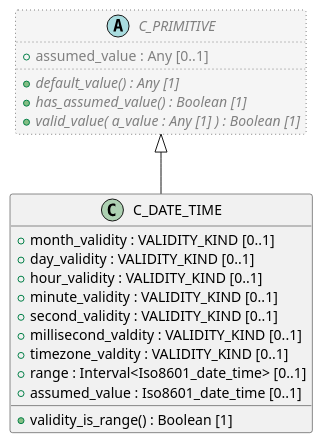
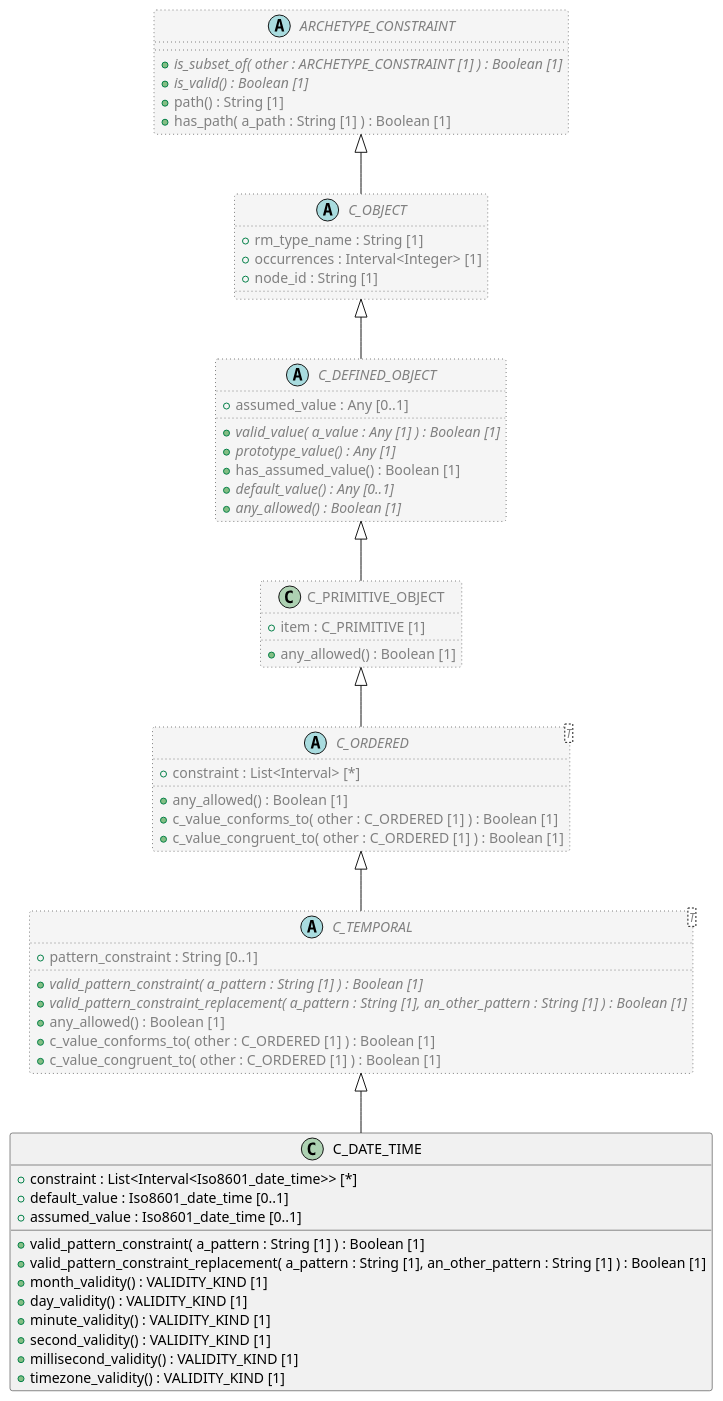
The diagram in code/Adoc/openehr_am_2.4.0/plantUML/classes/org.openehr.am.aom2.c_date_time.adoc (sebastian-iancu/code-generator), drawn with PlantUML before and after one commit. The commit also changed 1228 other files, not shown here.

```diff
--- a/code/Adoc/openehr_am_2.4.0/plantUML/classes/org.openehr.am.aom2.c_date_time.adoc
+++ b/code/Adoc/openehr_am_2.4.0/plantUML/classes/org.openehr.am.aom2.c_date_time.adoc
@@ -1,29 +1,76 @@
 [plantuml,C_DATE_TIME,format=svg,svg-type="inline"]
 -----
 @startuml
 
 class C_DATE_TIME {
-  + month_validity : VALIDITY_KIND [0..1]
-  + day_validity : VALIDITY_KIND [0..1]
-  + hour_validity : VALIDITY_KIND [0..1]
-  + minute_validity : VALIDITY_KIND [0..1]
-  + second_validity : VALIDITY_KIND [0..1]
-  + millisecond_valdity : VALIDITY_KIND [0..1]
-  + timezone_valdity : VALIDITY_KIND [0..1]
-  + range : Interval<Iso8601_date_time> [0..1]
+  + constraint : List<Interval<Iso8601_date_time>> [*]
+  + default_value : Iso8601_date_time [0..1]
   + assumed_value : Iso8601_date_time [0..1]
-  + validity_is_range() : Boolean [1]
+  + valid_pattern_constraint( a_pattern : String [1] ) : Boolean [1]
+  + valid_pattern_constraint_replacement( a_pattern : String [1], an_other_pattern : String [1] ) : Boolean [1]
+  + month_validity() : VALIDITY_KIND [1]
+  + day_validity() : VALIDITY_KIND [1]
+  + minute_validity() : VALIDITY_KIND [1]
+  + second_validity() : VALIDITY_KIND [1]
+  + millisecond_validity() : VALIDITY_KIND [1]
+  + timezone_validity() : VALIDITY_KIND [1]
 }
 
-abstract class C_PRIMITIVE  #whitesmoke;line:gray;line.dotted;text:gray {
-  + assumed_value : Any [0..1]
-  + {abstract} default_value() : Any [1]
-  + {abstract} has_assumed_value() : Boolean [1]
-  + {abstract} valid_value( a_value : Any [1] ) : Boolean [1]
+abstract class C_TEMPORAL <T>  #whitesmoke;line:gray;line.dotted;text:gray {
+  + pattern_constraint : String [0..1]
+  + {abstract} valid_pattern_constraint( a_pattern : String [1] ) : Boolean [1]
+  + {abstract} valid_pattern_constraint_replacement( a_pattern : String [1], an_other_pattern : String [1] ) : Boolean [1]
+  + any_allowed() : Boolean [1]
+  + c_value_conforms_to( other : C_ORDERED [1] ) : Boolean [1]
+  + c_value_congruent_to( other : C_ORDERED [1] ) : Boolean [1]
 }
 
-C_PRIMITIVE <|-- C_DATE_TIME
+abstract class C_ORDERED <T>  #whitesmoke;line:gray;line.dotted;text:gray {
+  + constraint : List<Interval> [*]
+  + any_allowed() : Boolean [1]
+  + c_value_conforms_to( other : C_ORDERED [1] ) : Boolean [1]
+  + c_value_congruent_to( other : C_ORDERED [1] ) : Boolean [1]
+}
+
+class C_PRIMITIVE_OBJECT  #whitesmoke;line:gray;line.dotted;text:gray {
+  + item : C_PRIMITIVE [1]
+  + any_allowed() : Boolean [1]
+}
+
+abstract class C_DEFINED_OBJECT  #whitesmoke;line:gray;line.dotted;text:gray {
+  + assumed_value : Any [0..1]
+  + {abstract} valid_value( a_value : Any [1] ) : Boolean [1]
+  + {abstract} prototype_value() : Any [1]
+  + has_assumed_value() : Boolean [1]
+  + {abstract} default_value() : Any [0..1]
+  + {abstract} any_allowed() : Boolean [1]
+}
+
+abstract class C_OBJECT  #whitesmoke;line:gray;line.dotted;text:gray {
+  + rm_type_name : String [1]
+  + occurrences : Interval<Integer> [1]
+  + node_id : String [1]
+}
+
+abstract class ARCHETYPE_CONSTRAINT  #whitesmoke;line:gray;line.dotted;text:gray {
+  + {abstract} is_subset_of( other : ARCHETYPE_CONSTRAINT [1] ) : Boolean [1]
+  + {abstract} is_valid() : Boolean [1]
+  + path() : String [1]
+  + has_path( a_path : String [1] ) : Boolean [1]
+}
+
+ARCHETYPE_CONSTRAINT <|-- C_OBJECT
+
+C_OBJECT <|-- C_DEFINED_OBJECT
+
+C_DEFINED_OBJECT <|-- C_PRIMITIVE_OBJECT
+
+C_PRIMITIVE_OBJECT <|-- C_ORDERED
+
+C_ORDERED <|-- C_TEMPORAL
+
+C_TEMPORAL <|-- C_DATE_TIME
 
 
 @enduml
 -----
```
